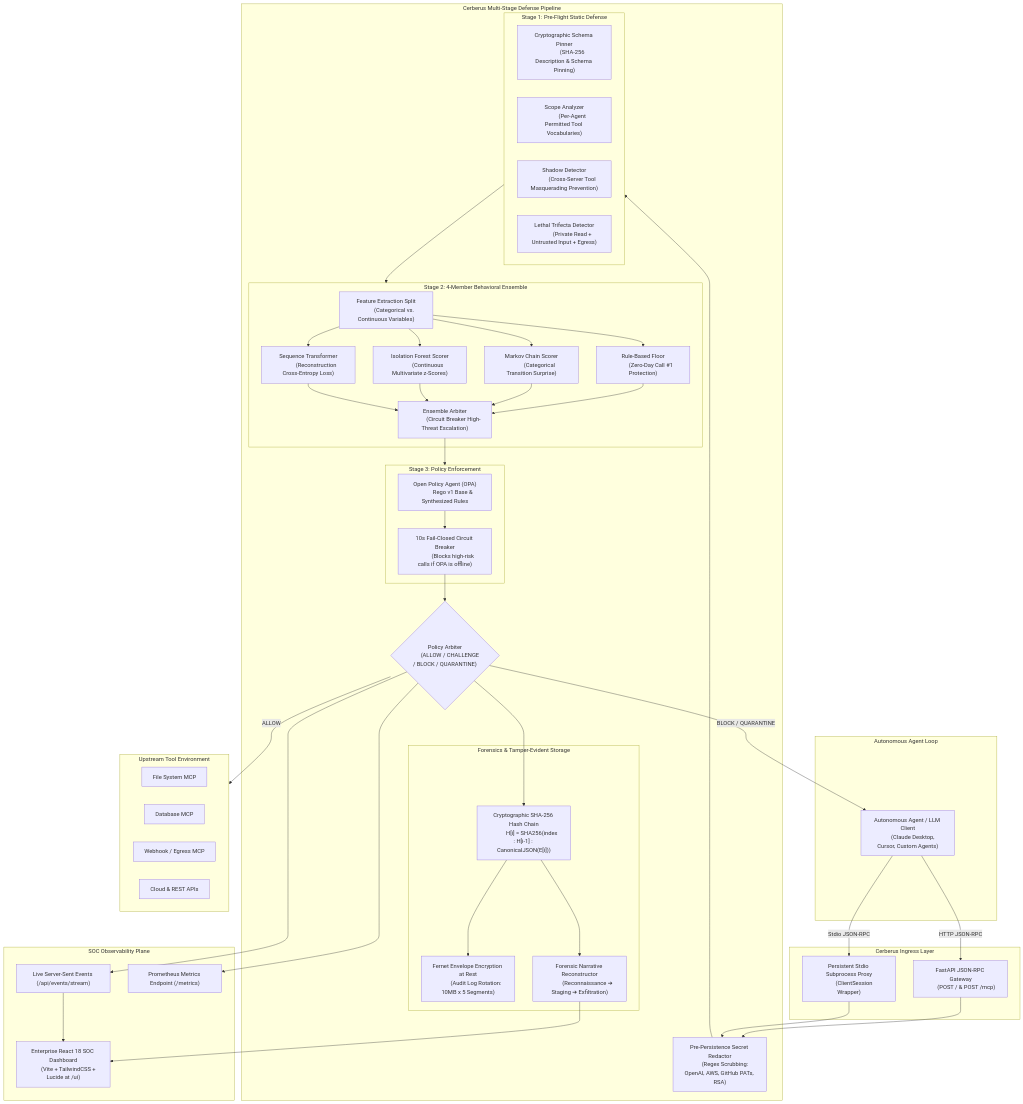
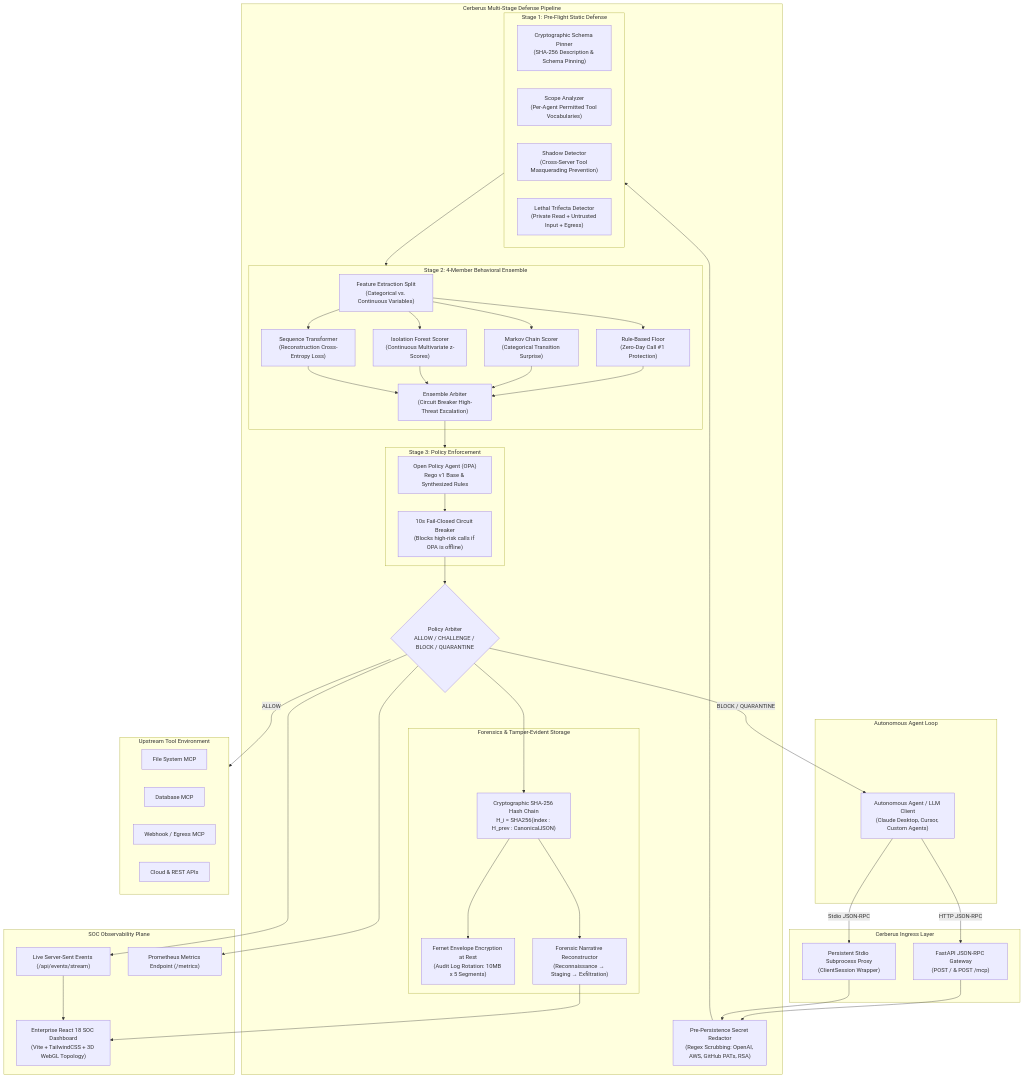
The second of 5 diagrams in README.md (Debddj/Cerberus), drawn with Mermaid before and after one commit. The commit also changed other lines of this file and 18 other files, not shown here.

Commit message:
docs(readme): fix mermaid rendering, add live Render insight, and untrack .agents folder

````diff
--- a/README.md
+++ b/README.md
@@ -103,64 +93,44 @@
 ```mermaid
 flowchart TD
     subgraph ClientSpace["Autonomous Agent Loop"]
-        Agent["Autonomous Agent / LLM Client
-        (Claude Desktop, Cursor, Custom Agents)"]
+        Agent["Autonomous Agent / LLM Client<br/>(Claude Desktop, Cursor, Custom Agents)"]
     end
 
     subgraph DualTransport["Cerberus Ingress Layer"]
-        HTTPProxy["FastAPI JSON-RPC Gateway
-        (POST / & POST /mcp)"]
-        StdioProxy["Persistent Stdio Subprocess Proxy
-        (ClientSession Wrapper)"]
+        HTTPProxy["FastAPI JSON-RPC Gateway<br/>(POST / & POST /mcp)"]
+        StdioProxy["Persistent Stdio Subprocess Proxy<br/>(ClientSession Wrapper)"]
     end
 
     subgraph DefensePipeline["Cerberus Multi-Stage Defense Pipeline"]
-        Redactor["Pre-Persistence Secret Redactor
-        (Regex Scrubbing: OpenAI, AWS, GitHub PATs, RSA)"]
+        Redactor["Pre-Persistence Secret Redactor<br/>(Regex Scrubbing: OpenAI, AWS, GitHub PATs, RSA)"]
 
         subgraph PreFlight["Stage 1: Pre-Flight Static Defense"]
-            Pinner["Cryptographic Schema Pinner
-            (SHA-256 Description & Schema Pinning)"]
-            Scope["Scope Analyzer
-            (Per-Agent Permitted Tool Vocabularies)"]
-            Shadow["Shadow Detector
-            (Cross-Server Tool Masquerading Prevention)"]
-            Trifecta["Lethal Trifecta Detector
-            (Private Read + Untrusted Input + Egress)"]
+            Pinner["Cryptographic Schema Pinner<br/>(SHA-256 Description & Schema Pinning)"]
+            Scope["Scope Analyzer<br/>(Per-Agent Permitted Tool Vocabularies)"]
+            Shadow["Shadow Detector<br/>(Cross-Server Tool Masquerading Prevention)"]
+            Trifecta["Lethal Trifecta Detector<br/>(Private Read + Untrusted Input + Egress)"]
         end
 
         subgraph Behavioral["Stage 2: 4-Member Behavioral Ensemble"]
-            Features["Feature Extraction Split
-            (Categorical vs. Continuous Variables)"]
-            RuleFloor["Rule-Based Floor
-            (Zero-Day Call #1 Protection)"]
-            Markov["Markov Chain Scorer
-            (Categorical Transition Surprise)"]
-            IF["Isolation Forest Scorer
-            (Continuous Multivariate z-Scores)"]
-            Transformer["Sequence Transformer
-            (Reconstruction Cross-Entropy Loss)"]
-            Arbiter["Ensemble Arbiter
-            (Circuit Breaker High-Threat Escalation)"]
+            Features["Feature Extraction Split<br/>(Categorical vs. Continuous Variables)"]
+            RuleFloor["Rule-Based Floor<br/>(Zero-Day Call #1 Protection)"]
+            Markov["Markov Chain Scorer<br/>(Categorical Transition Surprise)"]
+            IF["Isolation Forest Scorer<br/>(Continuous Multivariate z-Scores)"]
+            Transformer["Sequence Transformer<br/>(Reconstruction Cross-Entropy Loss)"]
+            Arbiter["Ensemble Arbiter<br/>(Circuit Breaker High-Threat Escalation)"]
         end
 
         subgraph PolicyEngine["Stage 3: Policy Enforcement"]
-            OPA["Open Policy Agent (OPA)
-            Rego v1 Base & Synthesized Rules"]
-            CircuitBreaker["10s Fail-Closed Circuit Breaker
-            (Blocks high-risk calls if OPA is offline)"]
+            OPA["Open Policy Agent (OPA)<br/>Rego v1 Base & Synthesized Rules"]
+            CircuitBreaker["10s Fail-Closed Circuit Breaker<br/>(Blocks high-risk calls if OPA is offline)"]
         end
 
-        Decision{"Policy Arbiter
-        (ALLOW / CHALLENGE / BLOCK / QUARANTINE)"}
+        Decision{"Policy Arbiter<br/>ALLOW / CHALLENGE / BLOCK / QUARANTINE"}
 
         subgraph AuditDefense["Forensics & Tamper-Evident Storage"]
-            Ledger["Cryptographic SHA-256 Hash Chain
-            H[i] = SHA256(index : H[i-1] : CanonicalJSON(E[i]))"]
-            Fernet["Fernet Envelope Encryption at Rest
-            (Audit Log Rotation: 10MB x 5 Segments)"]
-            Narrator["Forensic Narrative Reconstructor
-            (Reconnaissance ➔ Staging ➔ Exfiltration)"]
+            Ledger["Cryptographic SHA-256 Hash Chain<br/>H_i = SHA256(index : H_prev : CanonicalJSON)"]
+            Fernet["Fernet Envelope Encryption at Rest<br/>(Audit Log Rotation: 10MB x 5 Segments)"]
+            Narrator["Forensic Narrative Reconstructor<br/>(Reconnaissance &rarr; Staging &rarr; Exfiltration)"]
         end
     end
 
@@ -172,15 +142,14 @@
     end
 
     subgraph SOCControlPlane["SOC Observability Plane"]
-        ReactUI["Enterprise React 18 SOC Dashboard
-        (Vite + TailwindCSS + Lucide at /ui)"]
+        ReactUI["Enterprise React 18 SOC Dashboard<br/>(Vite + TailwindCSS + 3D WebGL Topology)"]
         SSEStream["Live Server-Sent Events (/api/events/stream)"]
         Prometheus["Prometheus Metrics Endpoint (/metrics)"]
     end
 
     %% Ingress Flow
-    Agent -->|HTTP JSON-RPC| HTTPProxy
-    Agent -->|Stdio JSON-RPC| StdioProxy
+    Agent -->|"HTTP JSON-RPC"| HTTPProxy
+    Agent -->|"Stdio JSON-RPC"| StdioProxy
 
     HTTPProxy --> Redactor
     StdioProxy --> Redactor
@@ -202,8 +171,8 @@
     CircuitBreaker --> Decision
 
     %% Decision Outcomes
-    Decision -->|ALLOW| UpstreamEcosystem
-    Decision -->|BLOCK / QUARANTINE| Agent
+    Decision -->|"ALLOW"| UpstreamEcosystem
+    Decision -->|"BLOCK / QUARANTINE"| Agent
     Decision --> Ledger
     Ledger --> Fernet
 
````
